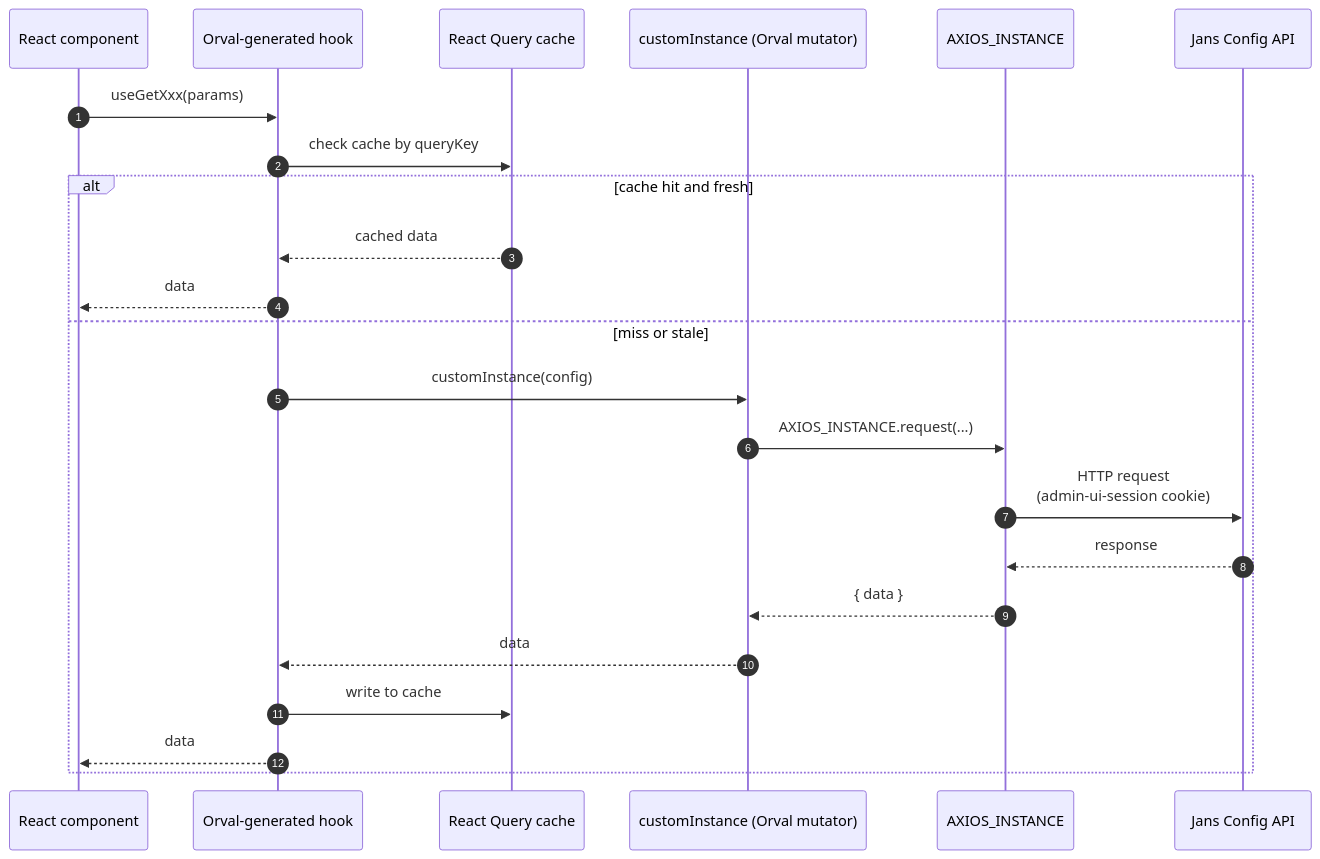
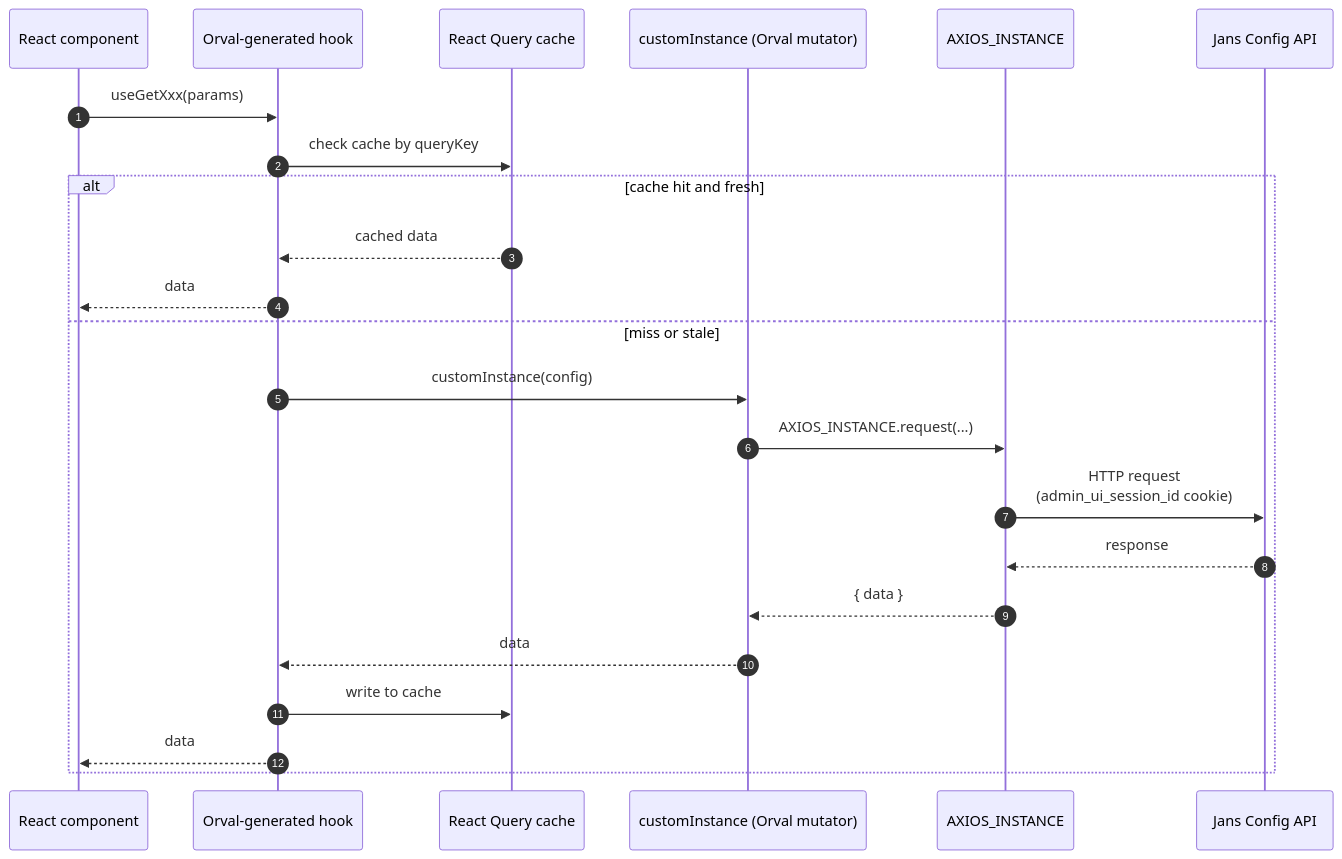
One commit to GluuFederation/flex changed the diagram in admin-ui/docs/config-api.md. Above: the diagram before and after it, drawn with Mermaid. The commit also changed other lines of this file and 42 other files, not shown here.

````diff
--- a/admin-ui/docs/config-api.md
+++ b/admin-ui/docs/config-api.md
@@ -21,26 +21,26 @@
 ```mermaid
 sequenceDiagram
     autonumber
     participant Comp as React component
     participant Hook as Orval-generated hook
     participant RQ as React Query cache
     participant Mutator as customInstance (Orval mutator)
     participant Axios as AXIOS_INSTANCE
     participant API as Jans Config API
 
     Comp->>Hook: useGetXxx(params)
     Hook->>RQ: check cache by queryKey
     alt cache hit and fresh
         RQ-->>Hook: cached data
         Hook-->>Comp: data
     else miss or stale
         Hook->>Mutator: customInstance(config)
         Mutator->>Axios: AXIOS_INSTANCE.request(...)
-        Axios->>API: HTTP request<br/>(admin-ui-session cookie)
+        Axios->>API: HTTP request<br/>(admin_ui_session_id cookie)
         API-->>Axios: response
         Axios-->>Mutator: { data }
         Mutator-->>Hook: data
         Hook->>RQ: write to cache
         Hook-->>Comp: data
     end
 ```
````
